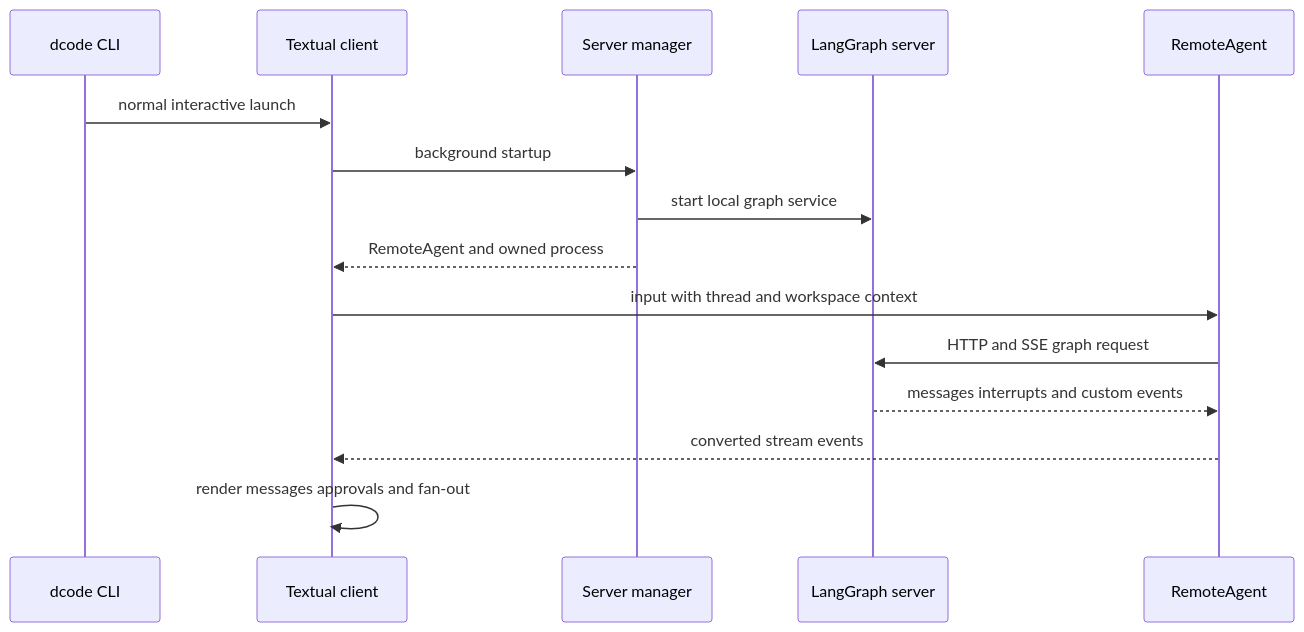
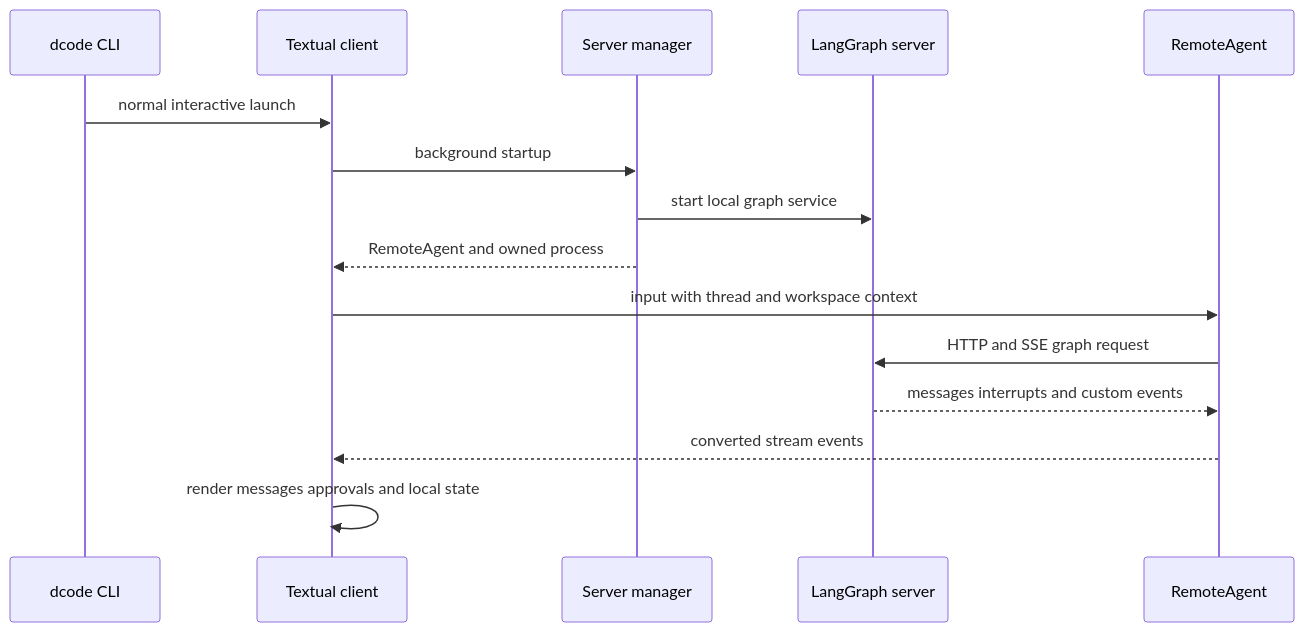
One commit to langchain-ai/deepagents changed the first of 4 diagrams in openwiki/architecture/code-agent.md. Above: the diagram before and after it, drawn with Mermaid. The commit also changed other lines of this file and 15 other files, not shown here.

````diff
--- a/openwiki/architecture/code-agent.md
+++ b/openwiki/architecture/code-agent.md
@@ -81,17 +37,17 @@
 ```mermaid
 sequenceDiagram
     participant CLI as dcode CLI
     participant TUI as Textual client
     participant Launch as Server manager
     participant Server as LangGraph server
     participant Remote as RemoteAgent
     CLI->>TUI: normal interactive launch
     TUI->>Launch: background startup
     Launch->>Server: start local graph service
     Launch-->>TUI: RemoteAgent and owned process
     TUI->>Remote: input with thread and workspace context
     Remote->>Server: HTTP and SSE graph request
     Server-->>Remote: messages interrupts and custom events
     Remote-->>TUI: converted stream events
-    TUI->>TUI: render messages approvals and fan-out
+    TUI->>TUI: render messages approvals and local state
 ```
````
